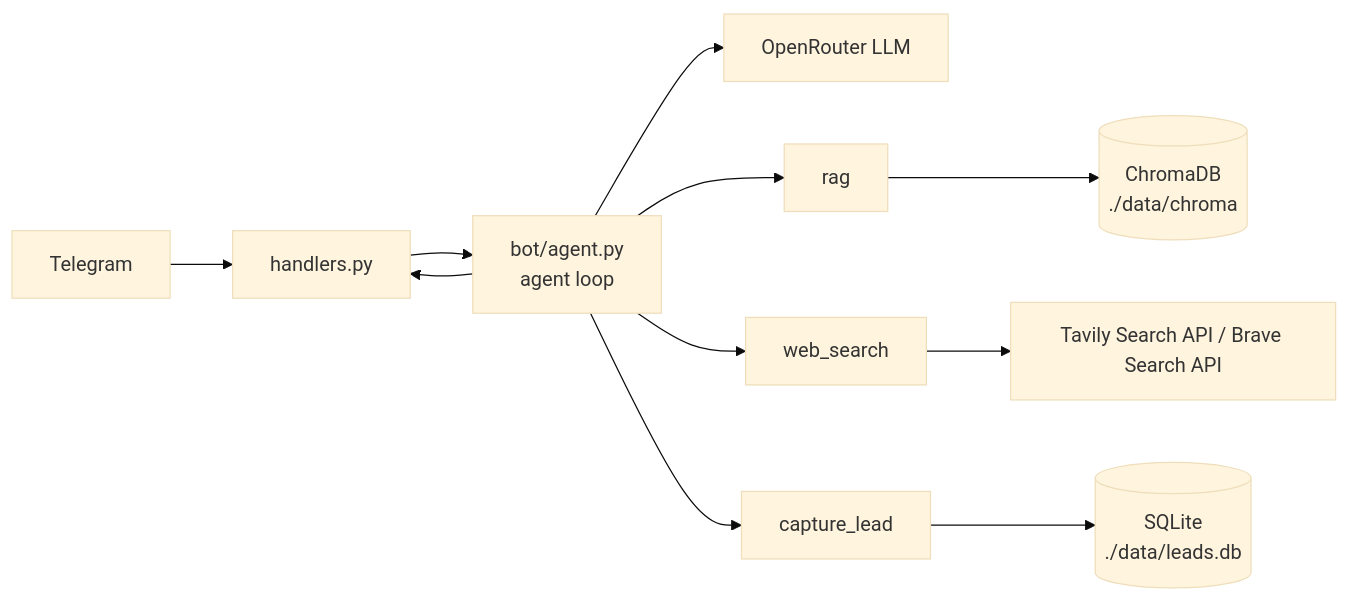
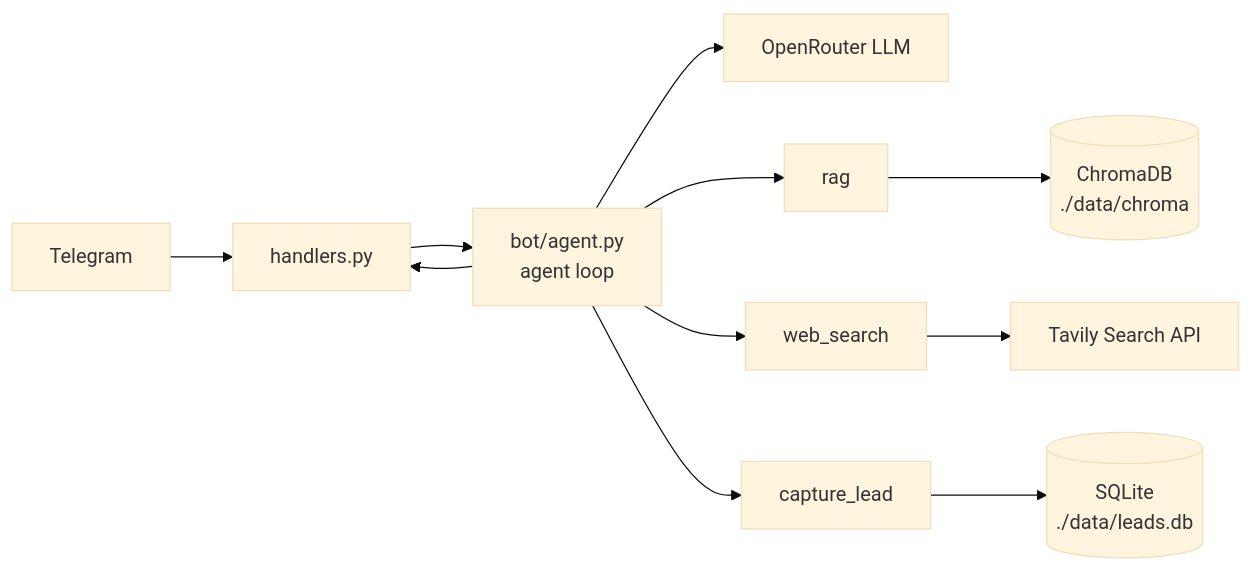
The diagram in vision.md (zatulik2606/aidz1), drawn with Mermaid (base theme) before and after one commit. The commit also changed other lines of this file and 13 other files, not shown here.

First line of the commit message:
feat(web): implement Tavily search tool and sync iteration 15 docs

````diff
--- a/vision.md
+++ b/vision.md
@@ -57,13 +57,13 @@
 ```mermaid
 flowchart LR
     TG[Telegram] --> H[handlers.py]
     H --> AG[bot/agent.py\nagent loop]
     AG --> LLM[OpenRouter LLM]
     AG --> RAG[rag]
     AG --> WEB[web_search]
     AG --> LEAD[capture_lead]
     RAG --> CH[(ChromaDB\n./data/chroma)]
-    WEB --> TV[Tavily Search API / Brave Search API]
+    WEB --> TV[Tavily Search API]
     LEAD --> DB[(SQLite\n./data/leads.db)]
     AG --> H
 ```
````
